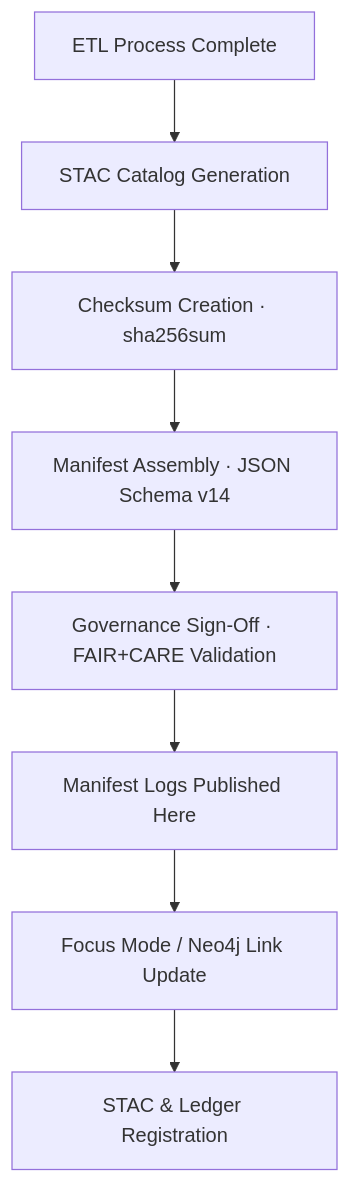
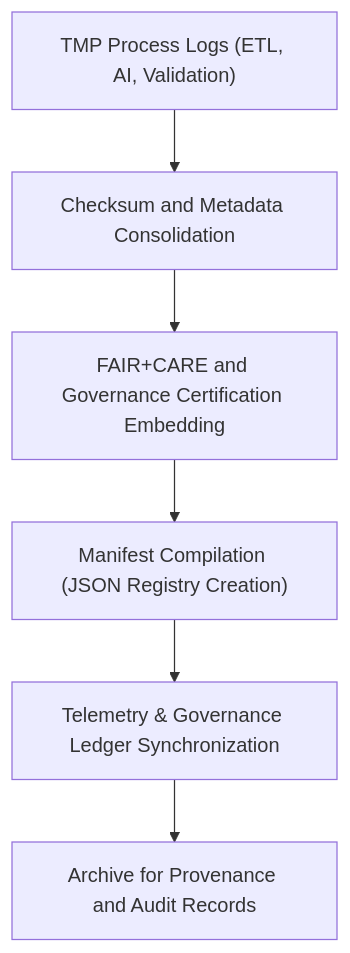
The diagram in data/work/tmp/hazards/logs/manifests/README.md (bartytime4life/Kansas-Frontier-Matrix), drawn with Mermaid before and after one commit. The commit also changed other lines of this file, not shown here.

````diff
--- a/data/work/tmp/hazards/logs/manifests/README.md
+++ b/data/work/tmp/hazards/logs/manifests/README.md
@@ -83,10 +68,8 @@
 ```mermaid
 flowchart TD
-A[ETL Process Complete] --> B[STAC Catalog Generation]
-B --> C[Checksum Creation · sha256sum]
-C --> D[Manifest Assembly · JSON Schema v14]
-D --> E[Governance Sign-Off · FAIR+CARE Validation]
-E --> F[Manifest Logs Published Here]
-F --> G[Focus Mode / Neo4j Link Update]
-G --> H[STAC & Ledger Registration]
+    A["TMP Process Logs (ETL, AI, Validation)"] --> B["Checksum and Metadata Consolidation"]
+    B --> C["FAIR+CARE and Governance Certification Embedding"]
+    C --> D["Manifest Compilation (JSON Registry Creation)"]
+    D --> E["Telemetry & Governance Ledger Synchronization"]
+    E --> F["Archive for Provenance and Audit Records"]
 ```
````
